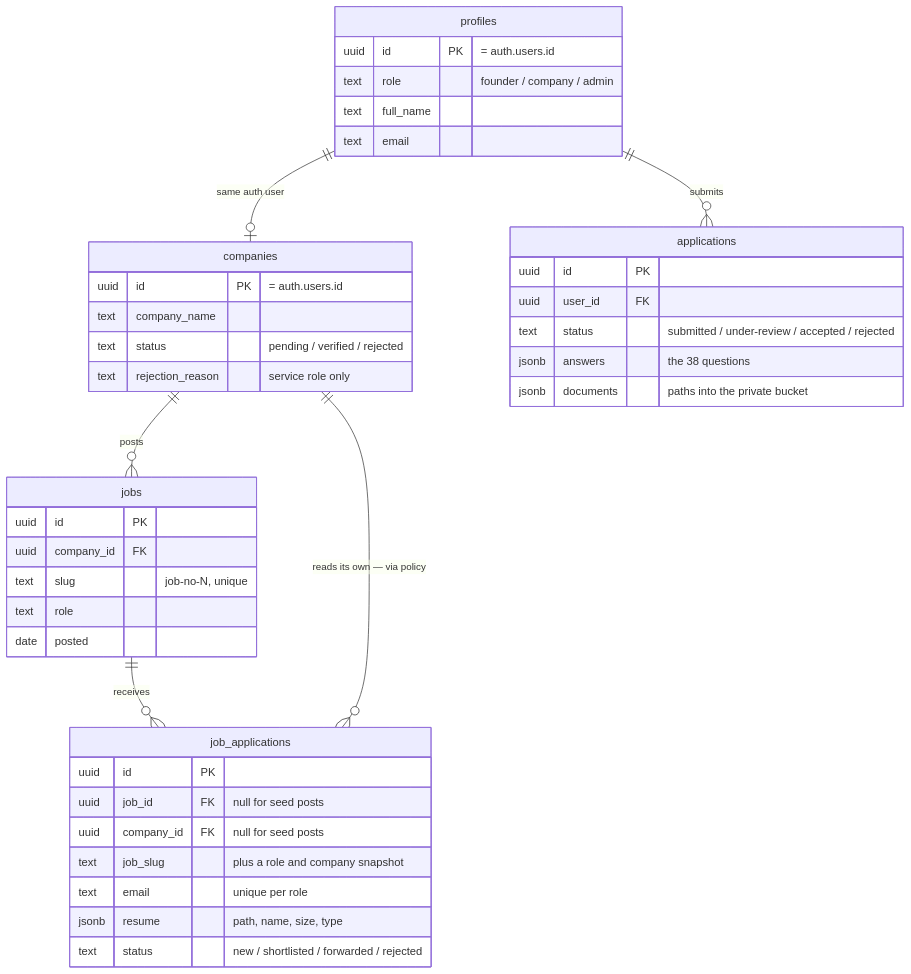
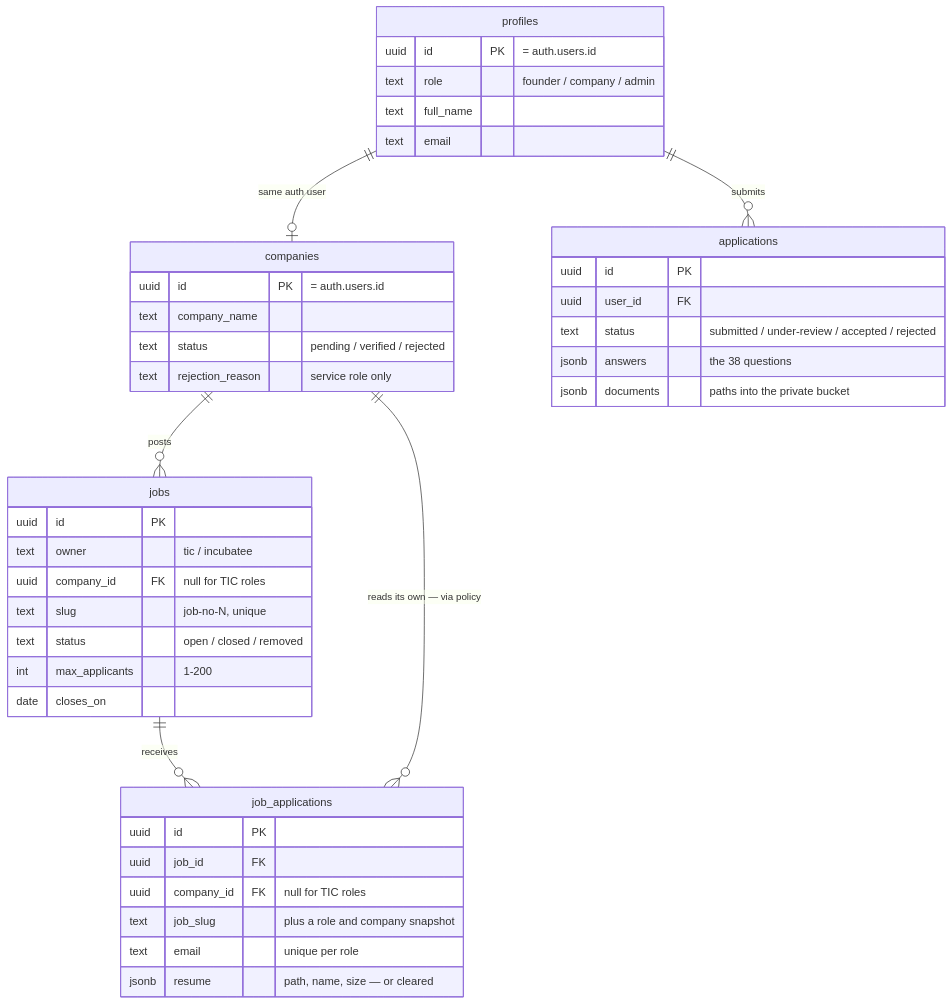
Before and after one commit to Machahary07/frontend-iitgtic: the second of 4 diagrams in README.md, drawn with Mermaid. The commit also changed other lines of this file and 62 other files, not shown here.

````diff
--- a/README.md
+++ b/README.md
@@ -418,44 +439,45 @@
 ```mermaid
 erDiagram
     profiles {
         uuid id PK "= auth.users.id"
         text role "founder / company / admin"
         text full_name
         text email
     }
     companies {
         uuid id PK "= auth.users.id"
         text company_name
         text status "pending / verified / rejected"
         text rejection_reason "service role only"
     }
     jobs {
         uuid id PK
-        uuid company_id FK
+        text owner "tic / incubatee"
+        uuid company_id FK "null for TIC roles"
         text slug "job-no-N, unique"
-        text role
-        date posted
+        text status "open / closed / removed"
+        int max_applicants "1-200"
+        date closes_on
     }
     applications {
         uuid id PK
         uuid user_id FK
         text status "submitted / under-review / accepted / rejected"
         jsonb answers "the 38 questions"
         jsonb documents "paths into the private bucket"
     }
     job_applications {
         uuid id PK
-        uuid job_id FK "null for seed posts"
-        uuid company_id FK "null for seed posts"
+        uuid job_id FK
+        uuid company_id FK "null for TIC roles"
         text job_slug "plus a role and company snapshot"
         text email "unique per role"
-        jsonb resume "path, name, size, type"
-        text status "new / shortlisted / forwarded / rejected"
+        jsonb resume "path, name, size — or cleared"
     }
 
     profiles ||--o| companies : "same auth user"
     companies ||--o{ jobs : "posts"
     profiles ||--o{ applications : "submits"
     jobs ||--o{ job_applications : "receives"
     companies ||--o{ job_applications : "reads its own — via policy"
 ```
````
